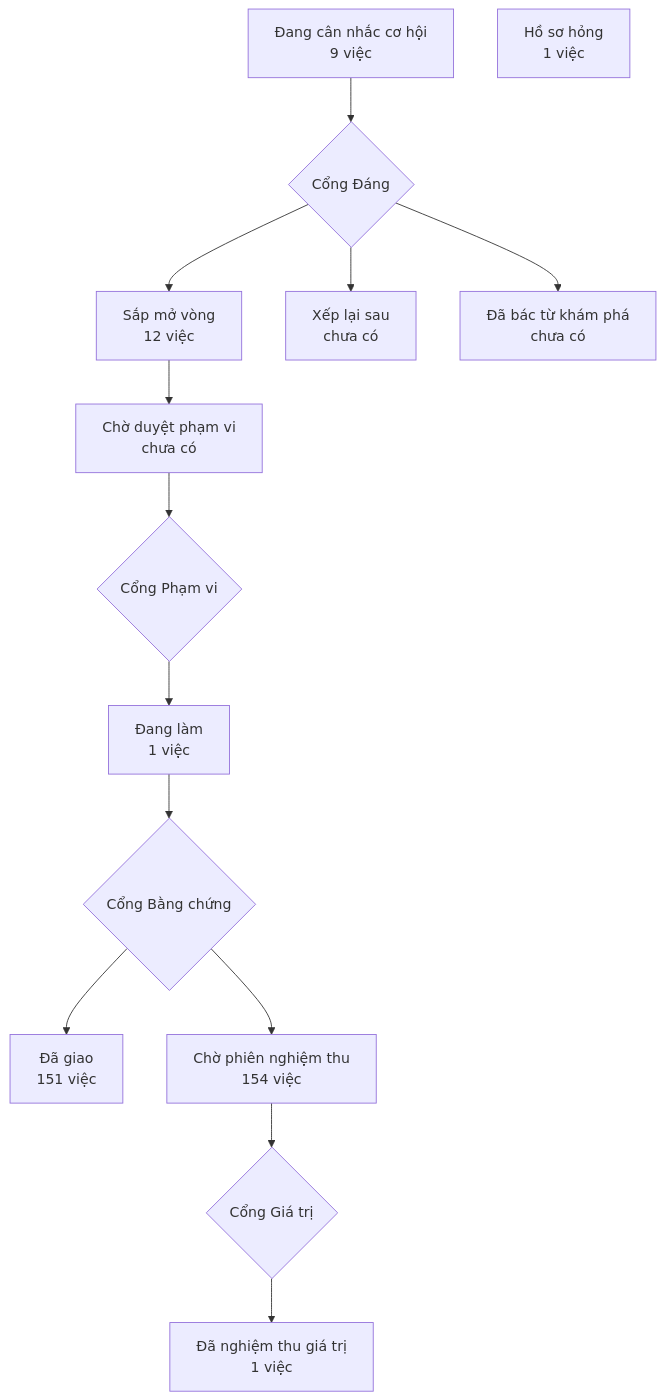
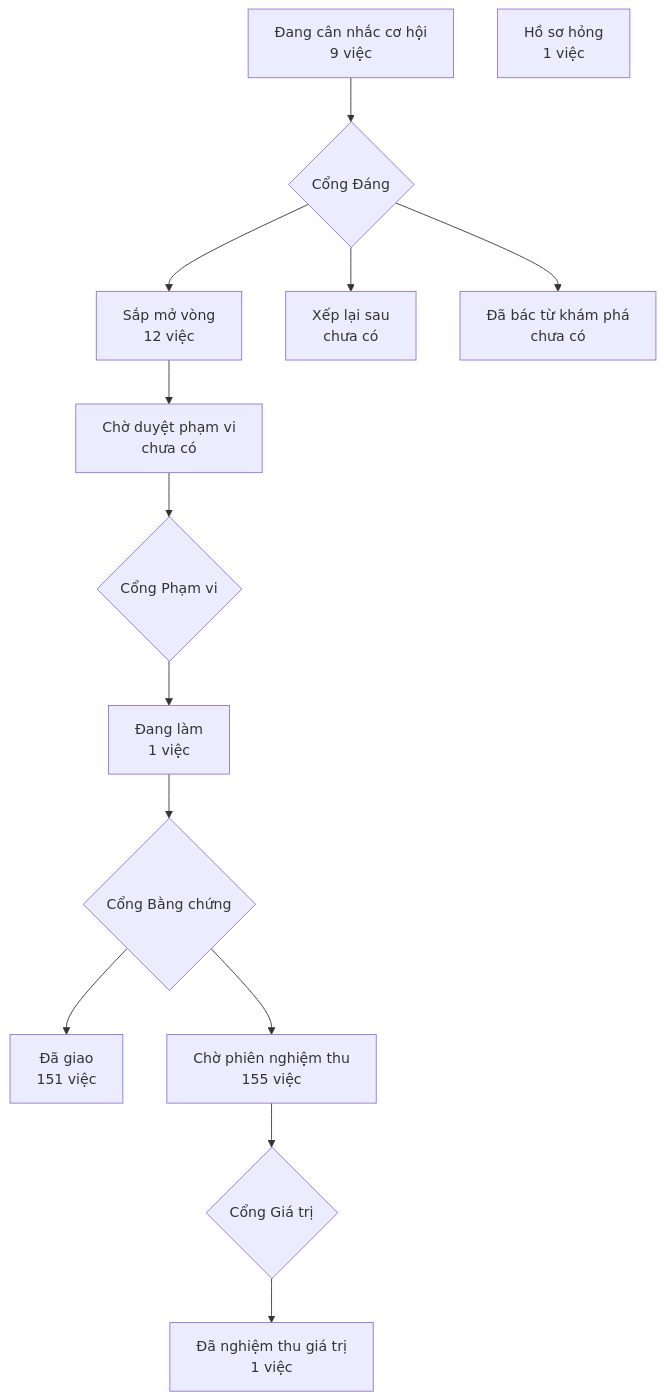
Before and after one commit to phanlemanh/crm-onehub: the diagram in PRODUCT-MAP.md, drawn with Mermaid. The commit also changed 1 other file, not shown here.

Commit message:
docs(chu-may-sinh-ten-moi): vẽ lại bản đồ sau gộp onehub (#504)

````diff
--- a/PRODUCT-MAP.md
+++ b/PRODUCT-MAP.md
@@ -7,13 +7,13 @@
 ```mermaid
 flowchart TD
   A["Đang cân nhắc cơ hội<br/>9 việc"] --> GD{"Cổng Đáng"}
   GD --> B["Sắp mở vòng<br/>12 việc"]
   GD --> XL["Xếp lại sau<br/>chưa có"]
   GD --> DB["Đã bác từ khám phá<br/>chưa có"]
   B --> CD["Chờ duyệt phạm vi<br/>chưa có"] --> GP{"Cổng Phạm vi"}
   GP --> DL["Đang làm<br/>1 việc"] --> GB{"Cổng Bằng chứng"}
   GB --> DG["Đã giao<br/>151 việc"]
-  GB --> CN["Chờ phiên nghiệm thu<br/>154 việc"] --> GG{"Cổng Giá trị"}
+  GB --> CN["Chờ phiên nghiệm thu<br/>155 việc"] --> GG{"Cổng Giá trị"}
   GG --> NT["Đã nghiệm thu giá trị<br/>1 việc"]
   HS["Hồ sơ hỏng<br/>1 việc"]
 ```
````
